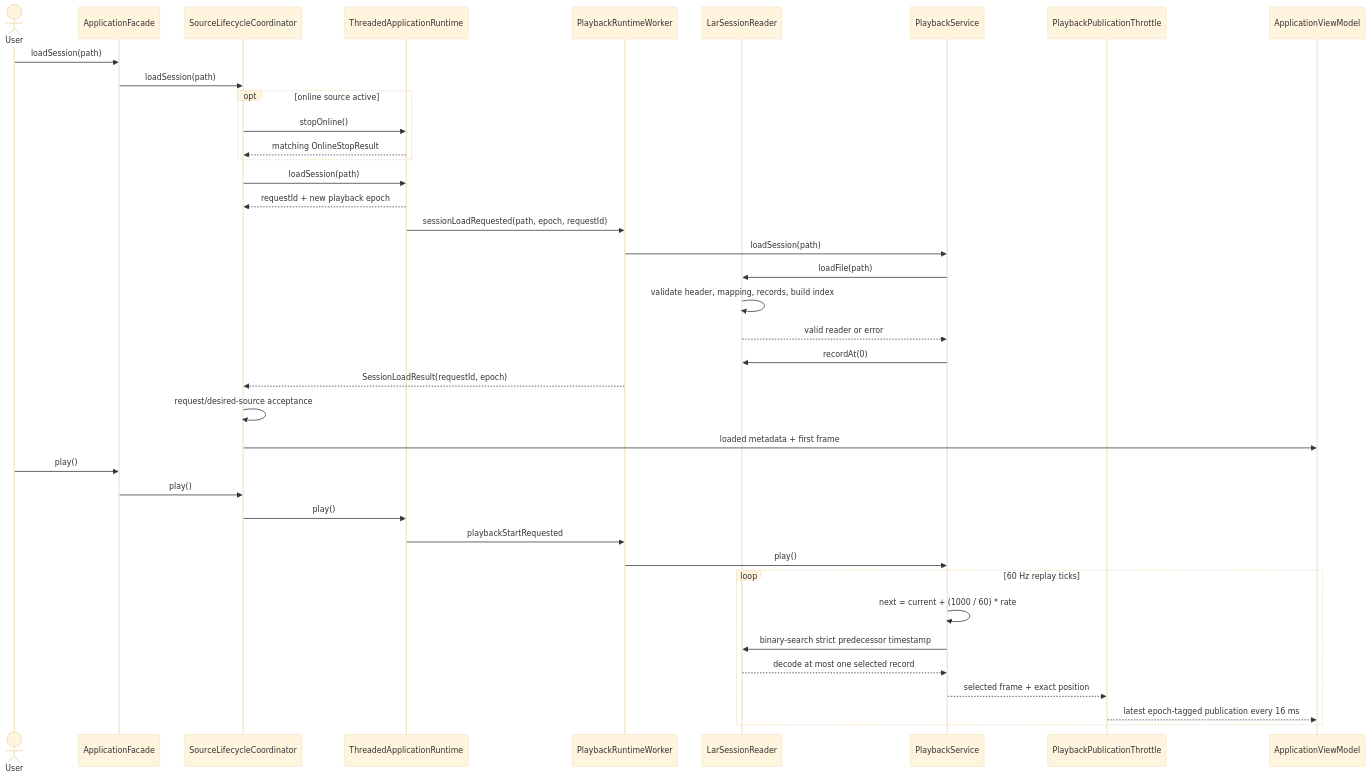
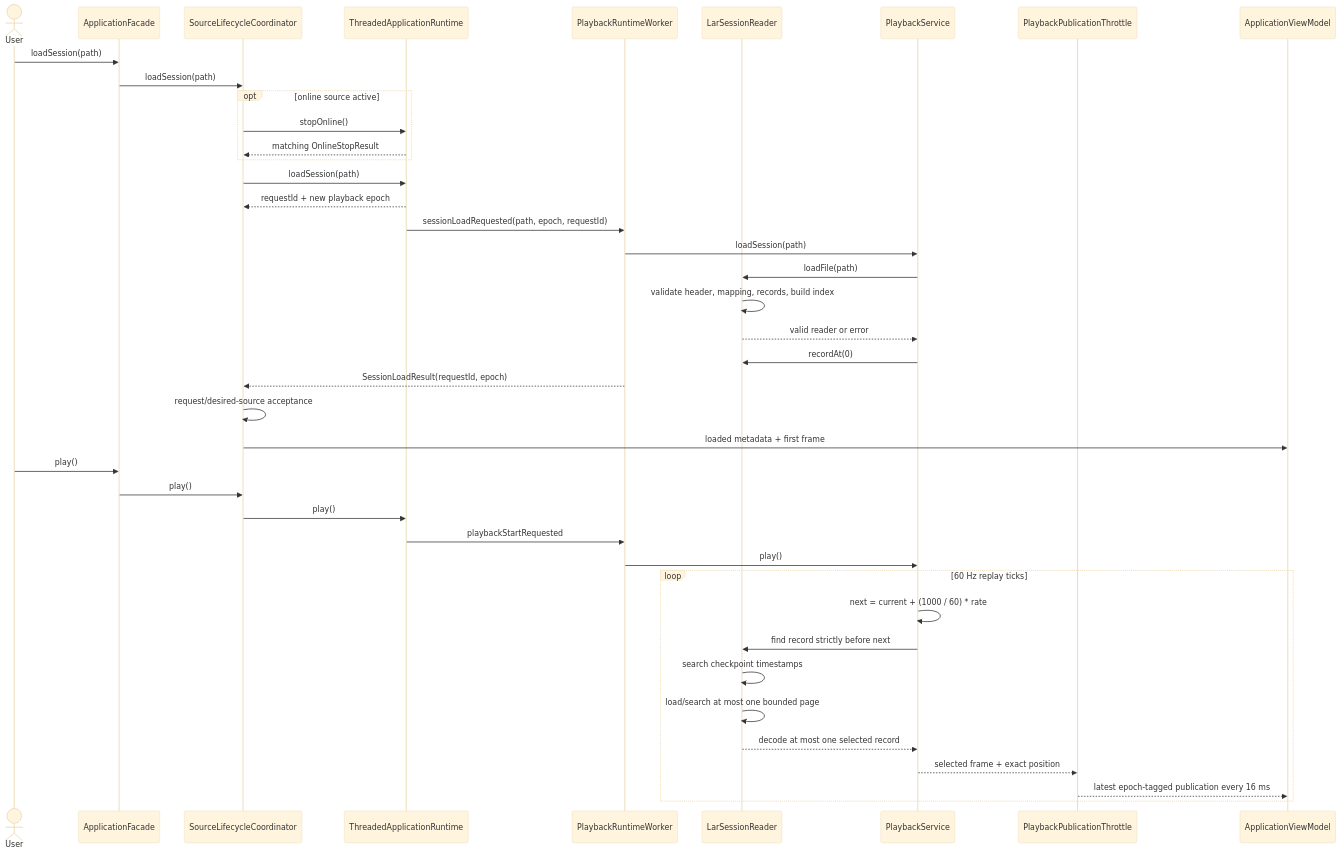
Before and after one commit to YusufEmirCosar/LAR: the fifth of 10 diagrams in docs/DATA_FLOWS.md, drawn with Mermaid (base theme). The commit also changed other lines of this file and 320 other files, not shown here.

````diff
--- a/docs/DATA_FLOWS.md
+++ b/docs/DATA_FLOWS.md
@@ -178,45 +178,47 @@
 ```mermaid
 sequenceDiagram
     actor User
     participant F as ApplicationFacade
     participant L as SourceLifecycleCoordinator
     participant R as ThreadedApplicationRuntime
     participant P as PlaybackRuntimeWorker
     participant RD as LarSessionReader
     participant S as PlaybackService
     participant T as PlaybackPublicationThrottle
     participant VM as ApplicationViewModel
 
     User->>F: loadSession(path)
     F->>L: loadSession(path)
     opt online source active
         L->>R: stopOnline()
         R-->>L: matching OnlineStopResult
     end
     L->>R: loadSession(path)
     R-->>L: requestId + new playback epoch
     R->>P: sessionLoadRequested(path, epoch, requestId)
     P->>S: loadSession(path)
     S->>RD: loadFile(path)
     
     RD->>RD: validate header, mapping, records, build index
     
     RD-->>S: valid reader or error
     S->>RD: recordAt(0)
     P-->>L: SessionLoadResult(requestId, epoch)
     L->>L: request/desired-source acceptance
     L->>VM: loaded metadata + first frame
 
     User->>F: play()
     F->>L: play()
     L->>R: play()
     R->>P: playbackStartRequested
     P->>S: play()
     loop 60 Hz replay ticks
         S->>S: next = current + (1000 / 60) * rate
-        S->>RD: binary-search strict predecessor timestamp
+        S->>RD: find record strictly before next
+        RD->>RD: search checkpoint timestamps
+        RD->>RD: load/search at most one bounded page
         RD-->>S: decode at most one selected record
         S-->>T: selected frame + exact position
         T-->>VM: latest epoch-tagged publication every 16 ms
     end
 ```
````
